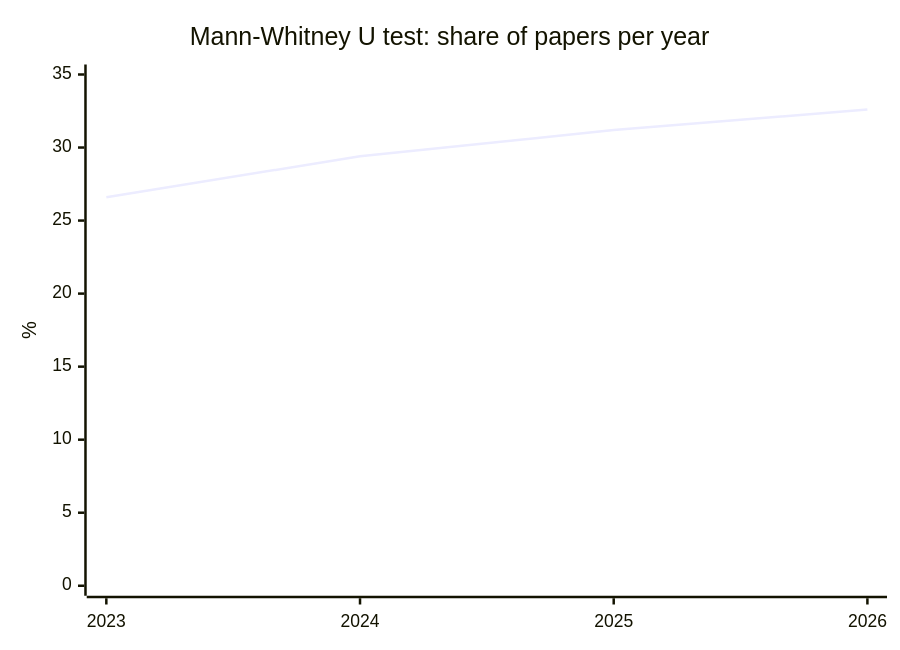
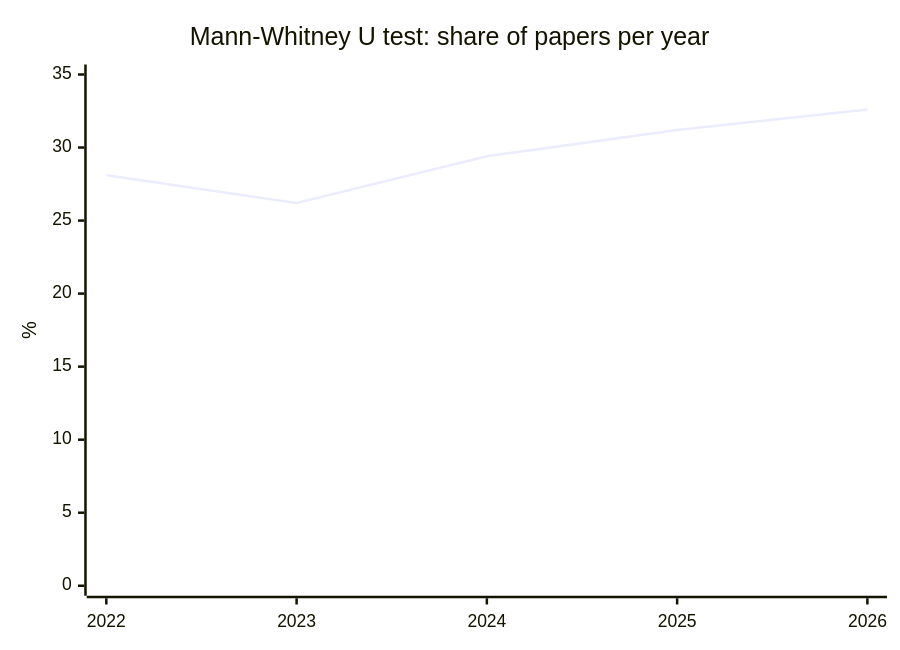
One commit to nfdi4health/datashield-function-ideas changed the fourth of 5 diagrams in literature-watch/reports/overview.md. Above: the diagram before and after it, drawn with Mermaid. The commit also changed other lines of this file and 1 other file, not shown here.

````diff
--- a/literature-watch/reports/overview.md
+++ b/literature-watch/reports/overview.md
@@ -76,7 +76,7 @@
 ```mermaid
 xychart-beta
   title "Mann-Whitney U test: share of papers per year"
-  x-axis [2023, 2024, 2025, 2026]
+  x-axis [2022, 2023, 2024, 2025, 2026]
   y-axis "%" 0 --> 35
-  line [26.6, 29.4, 31.2, 32.6]
+  line [28.1, 26.2, 29.4, 31.2, 32.6]
 ```
````
